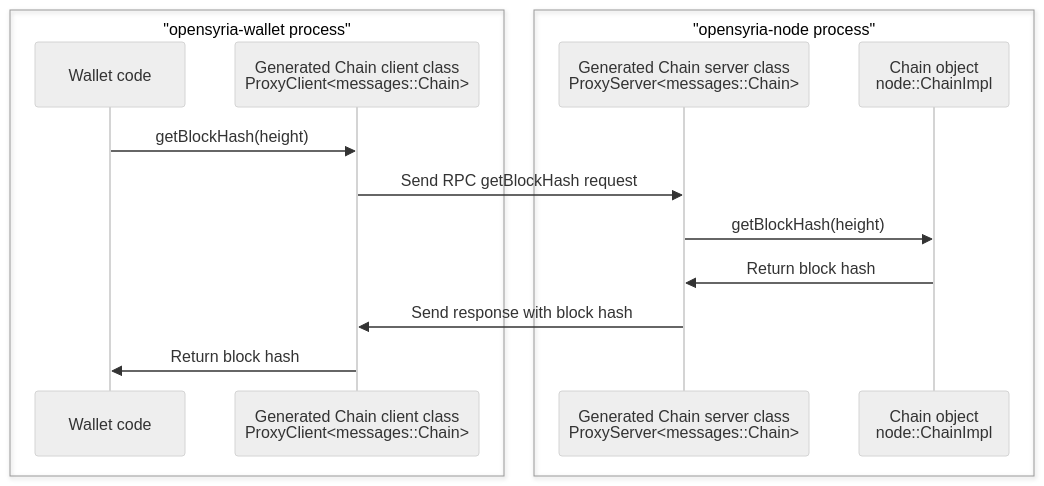
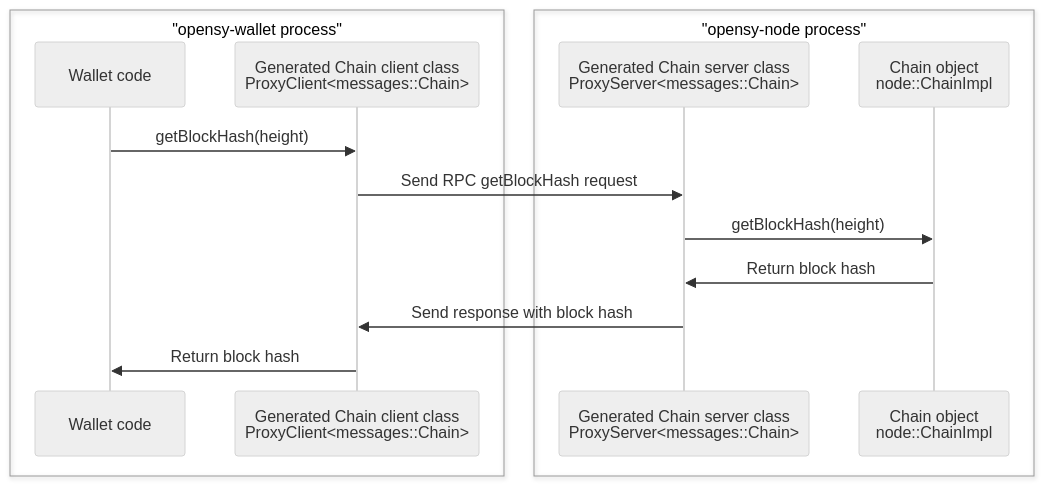
One commit to opensyria/OpenSyria changed the third of 3 diagrams in doc/design/multiprocess.md. Above: the diagram before and after it, drawn with Mermaid (neutral theme). The commit also changed other lines of this file and 2018 other files, not shown here.

````diff
--- a/doc/design/multiprocess.md
+++ b/doc/design/multiprocess.md
@@ -142,18 +142,18 @@
 ```mermaid
 sequenceDiagram
-    box "opensyria-wallet process"
+    box "opensy-wallet process"
     participant WalletCode as Wallet code
     participant ChainClient as Generated Chain client class<br/>ProxyClient<messages::Chain>
     end
-    box "opensyria-node process"
+    box "opensy-node process"
     participant ChainServer as Generated Chain server class<br/>ProxyServer<messages::Chain>
     participant LocalChain as Chain object<br/>node::ChainImpl
     end
 
     WalletCode->>ChainClient: getBlockHash(height)
     ChainClient->>ChainServer: Send RPC getBlockHash request
     ChainServer->>LocalChain: getBlockHash(height)
     LocalChain->>ChainServer: Return block hash
     ChainServer->>ChainClient: Send response with block hash
     ChainClient->>WalletCode: Return block hash
 ```
````
